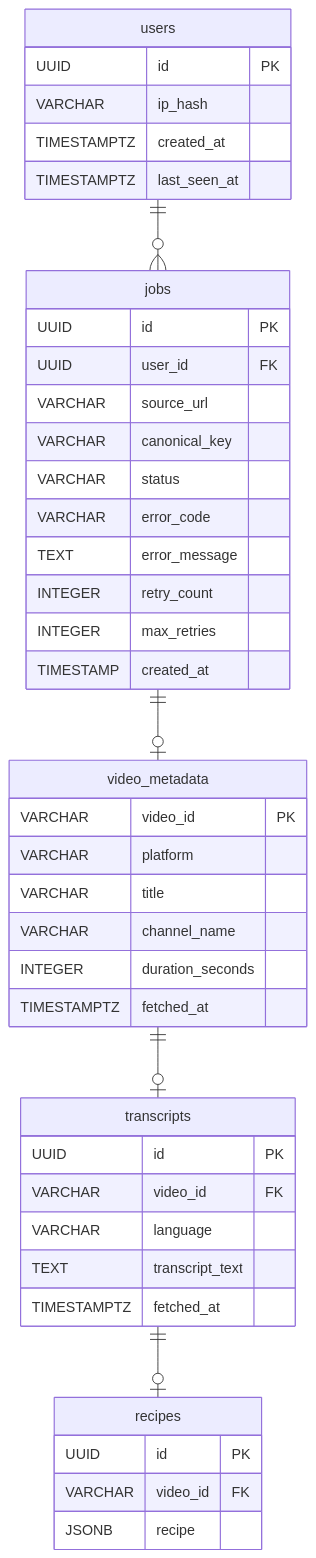
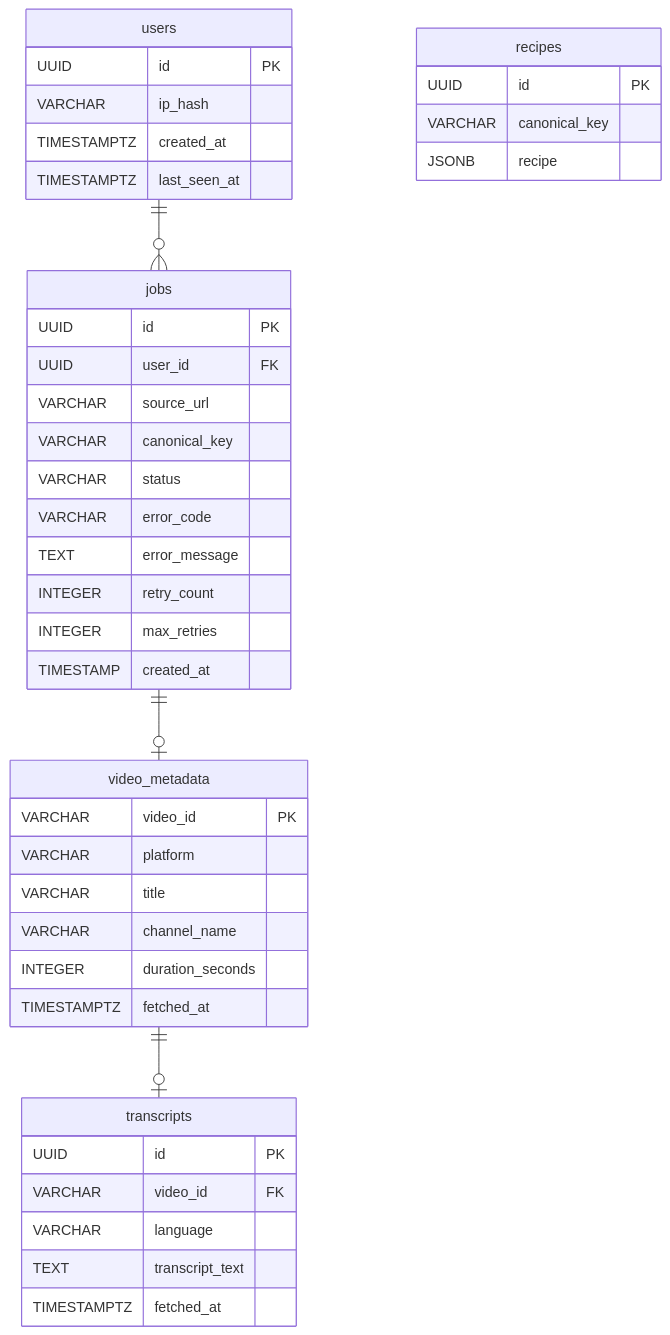
One commit to allfeia/Cooklink changed the diagram in docs/Data/postgres/ER_DIAGRAM_POSTGRES.md. Above: the diagram before and after it, drawn with Mermaid. The commit also changed 26 other files, not shown here.

````diff
--- a/docs/Data/postgres/ER_DIAGRAM_POSTGRES.md
+++ b/docs/Data/postgres/ER_DIAGRAM_POSTGRES.md
@@ -1,67 +1,66 @@
 ```mermaid
 erDiagram
     %% ─────────────────────────────────────
     %% CORE TABLES
     %% ─────────────────────────────────────
     users {
         UUID id PK
         VARCHAR ip_hash
         TIMESTAMPTZ created_at
         TIMESTAMPTZ last_seen_at
     }
     
     jobs {
         UUID id PK
         UUID user_id FK
         VARCHAR source_url
         VARCHAR canonical_key
         VARCHAR status
         VARCHAR error_code
         TEXT error_message
         INTEGER retry_count
         INTEGER max_retries
         TIMESTAMP created_at
     }
     
     video_metadata {
         VARCHAR video_id PK
         VARCHAR platform
         VARCHAR title
         VARCHAR channel_name
         INTEGER duration_seconds
         TIMESTAMPTZ fetched_at
     }
     
     %% ─────────────────────────────────────
     %% RECIPE DATA
     %% ─────────────────────────────────────
     transcripts {
         UUID id PK
         VARCHAR video_id FK
         VARCHAR language
         TEXT transcript_text
         TIMESTAMPTZ fetched_at
     }
     
     recipes {
         UUID id PK
-        VARCHAR video_id FK
+        VARCHAR canonical_key
         JSONB recipe
     }
     
 %%    rate_limit_counters {
 %%        UUID id PK
 %%        VARCHAR ip_hash
 %%        TIMESTAMPTZ window_start
 %%        INTEGER request_count
 %%    }
-    
+
     %% ─────────────────────────────────────
     %% RELATIONSHIPS
     %% ─────────────────────────────────────
     users ||--o{ jobs : ""
     video_metadata ||--o| transcripts : ""
-    transcripts ||--o| recipes : ""
     jobs ||--o| video_metadata : ""
 %%    users ||--o{ rate_limit_counters : ""
 ```
````
